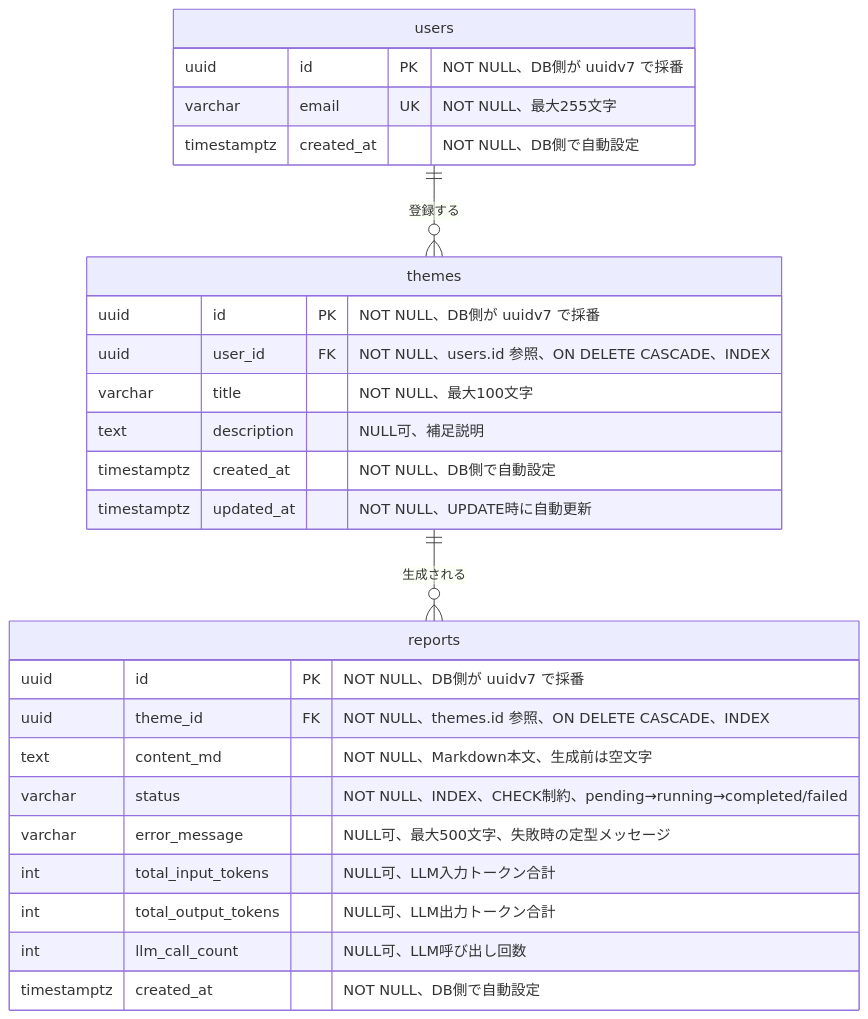
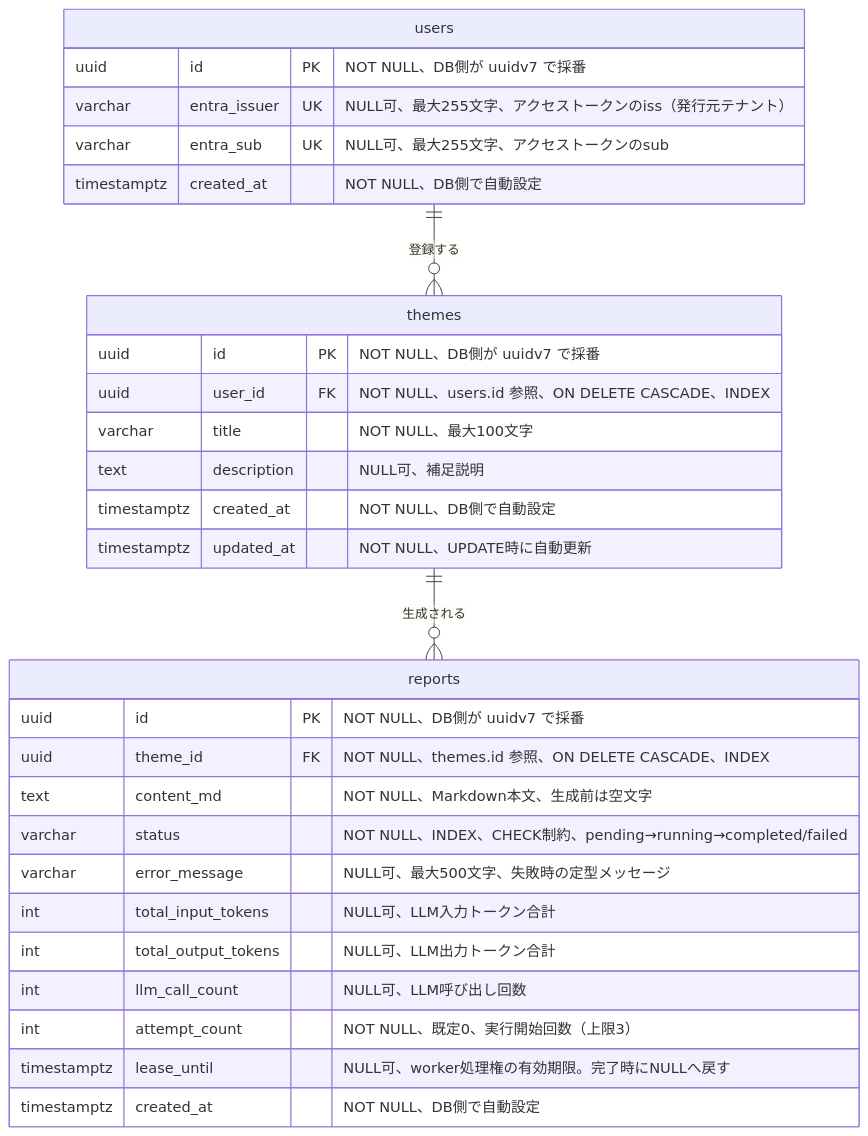
Before and after one commit to blckspdrmn/research-agent: the diagram in docs/er-diagram.md, drawn with Mermaid. The commit also changed other lines of this file and 5 other files, not shown here.

Commit message:
docs: READMEの刷新 / アーキ図 / 開発者向けガイドの追加 (#42)

````diff
--- a/docs/er-diagram.md
+++ b/docs/er-diagram.md
@@ -3,32 +3,35 @@
 ```mermaid
 erDiagram
     users ||--o{ themes : "登録する"
     themes ||--o{ reports : "生成される"
 
     users {
         uuid id PK "NOT NULL、DB側が uuidv7 で採番"
-        varchar email UK "NOT NULL、最大255文字"
+        varchar entra_issuer UK "NULL可、最大255文字、アクセストークンのiss（発行元テナント）"
+        varchar entra_sub UK "NULL可、最大255文字、アクセストークンのsub"
         timestamptz created_at "NOT NULL、DB側で自動設定"
     }
 
     themes {
         uuid id PK "NOT NULL、DB側が uuidv7 で採番"
         uuid user_id FK "NOT NULL、users.id 参照、ON DELETE CASCADE、INDEX"
         varchar title "NOT NULL、最大100文字"
         text description "NULL可、補足説明"
         timestamptz created_at "NOT NULL、DB側で自動設定"
         timestamptz updated_at "NOT NULL、UPDATE時に自動更新"
     }
 
     reports {
         uuid id PK "NOT NULL、DB側が uuidv7 で採番"
         uuid theme_id FK "NOT NULL、themes.id 参照、ON DELETE CASCADE、INDEX"
         text content_md "NOT NULL、Markdown本文、生成前は空文字"
         varchar status "NOT NULL、INDEX、CHECK制約、pending→running→completed/failed"
         varchar error_message "NULL可、最大500文字、失敗時の定型メッセージ"
         int total_input_tokens "NULL可、LLM入力トークン合計"
         int total_output_tokens "NULL可、LLM出力トークン合計"
         int llm_call_count "NULL可、LLM呼び出し回数"
+        int attempt_count "NOT NULL、既定0、実行開始回数（上限3）"
+        timestamptz lease_until "NULL可、worker処理権の有効期限。完了時にNULLへ戻す"
         timestamptz created_at "NOT NULL、DB側で自動設定"
     }
 ```
````
